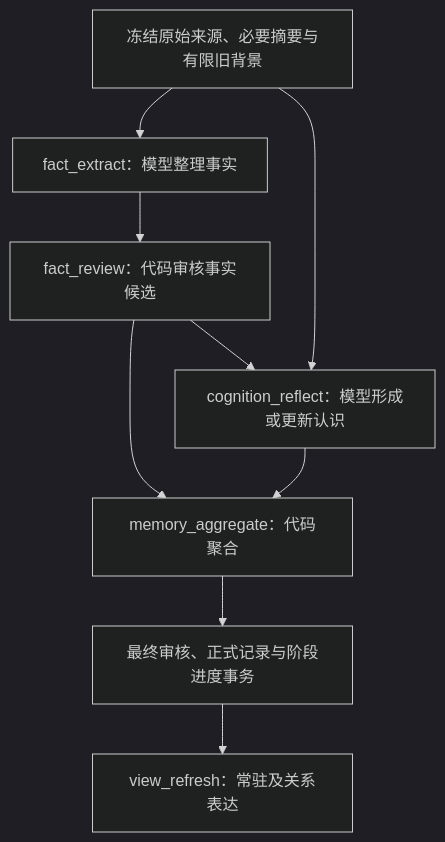
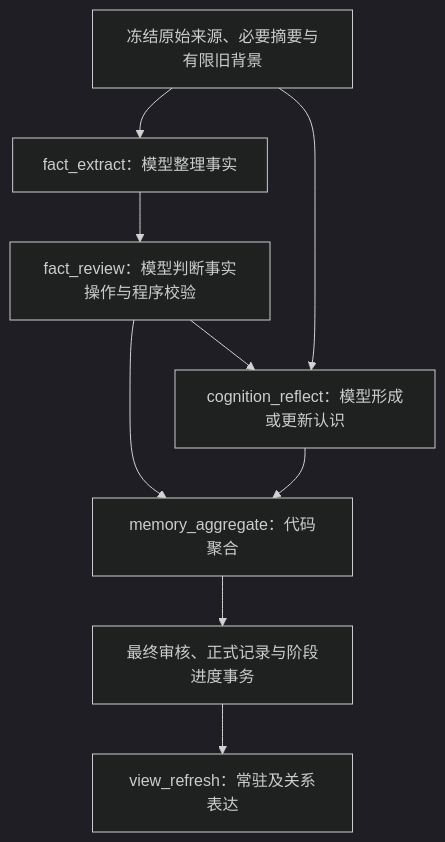
The diagram in server/docs/design/reflection/memory-organize.md (Weilan0811/echo-commons), drawn with Mermaid (dark theme) before and after one commit. The commit also changed other lines of this file and 24 other files, not shown here.

Commit message:
fix: review fact updates semantically and use latest learning time

````diff
--- a/server/docs/design/reflection/memory-organize.md
+++ b/server/docs/design/reflection/memory-organize.md
@@ -13,11 +13,11 @@
 ```mermaid
 flowchart TD
     B[冻结原始来源、必要摘要与有限旧背景] --> F[fact_extract：模型整理事实]
-    F --> R[fact_review：代码审核事实候选]
+    F --> R[fact_review：模型判断事实操作与程序校验]
     R --> C[cognition_reflect：模型形成或更新认识]
     B --> C
     R --> A[memory_aggregate：代码聚合]
     C --> A
     A --> W[最终审核、正式记录与阶段进度事务]
     W --> V[view_refresh：常驻及关系表达]
 ```
````
